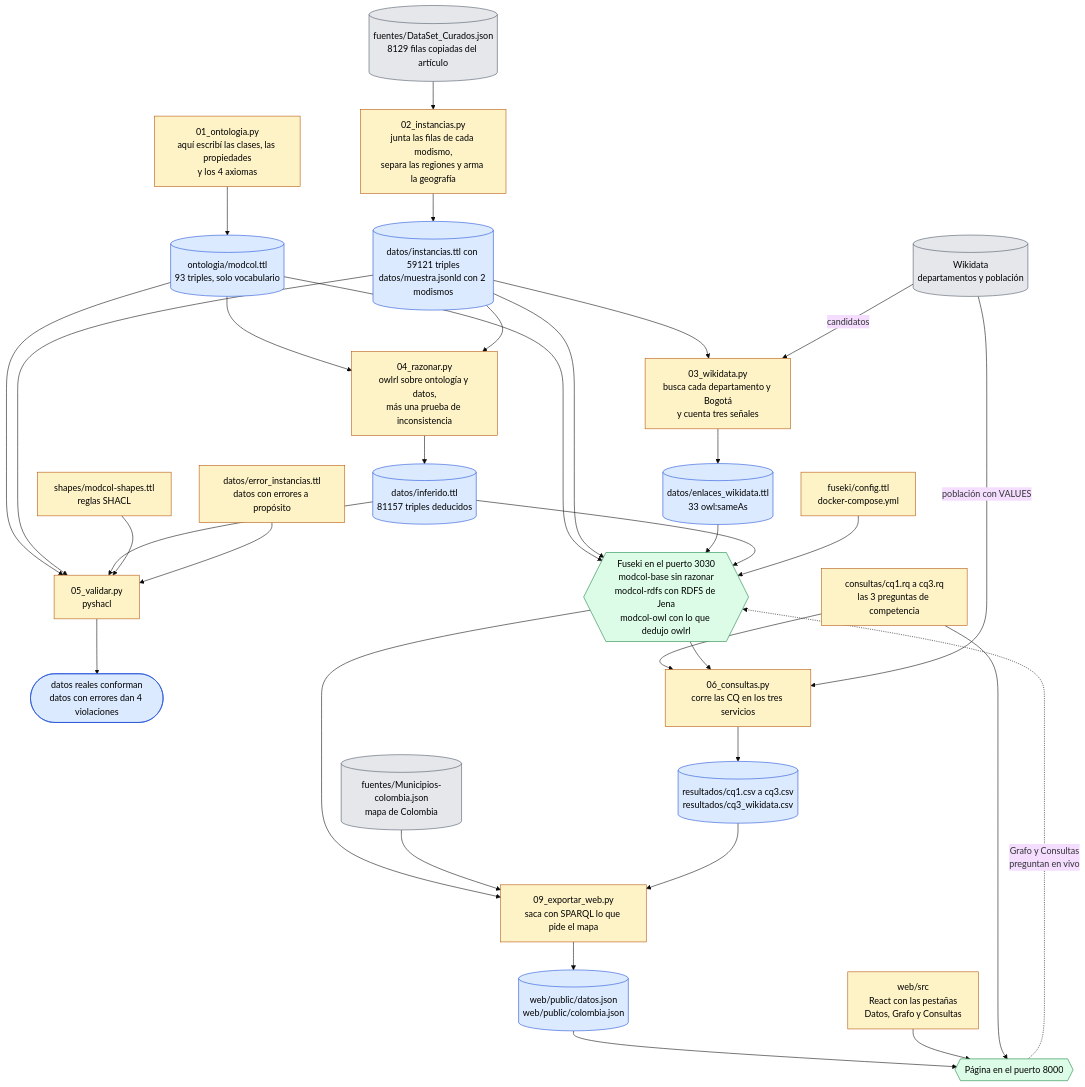
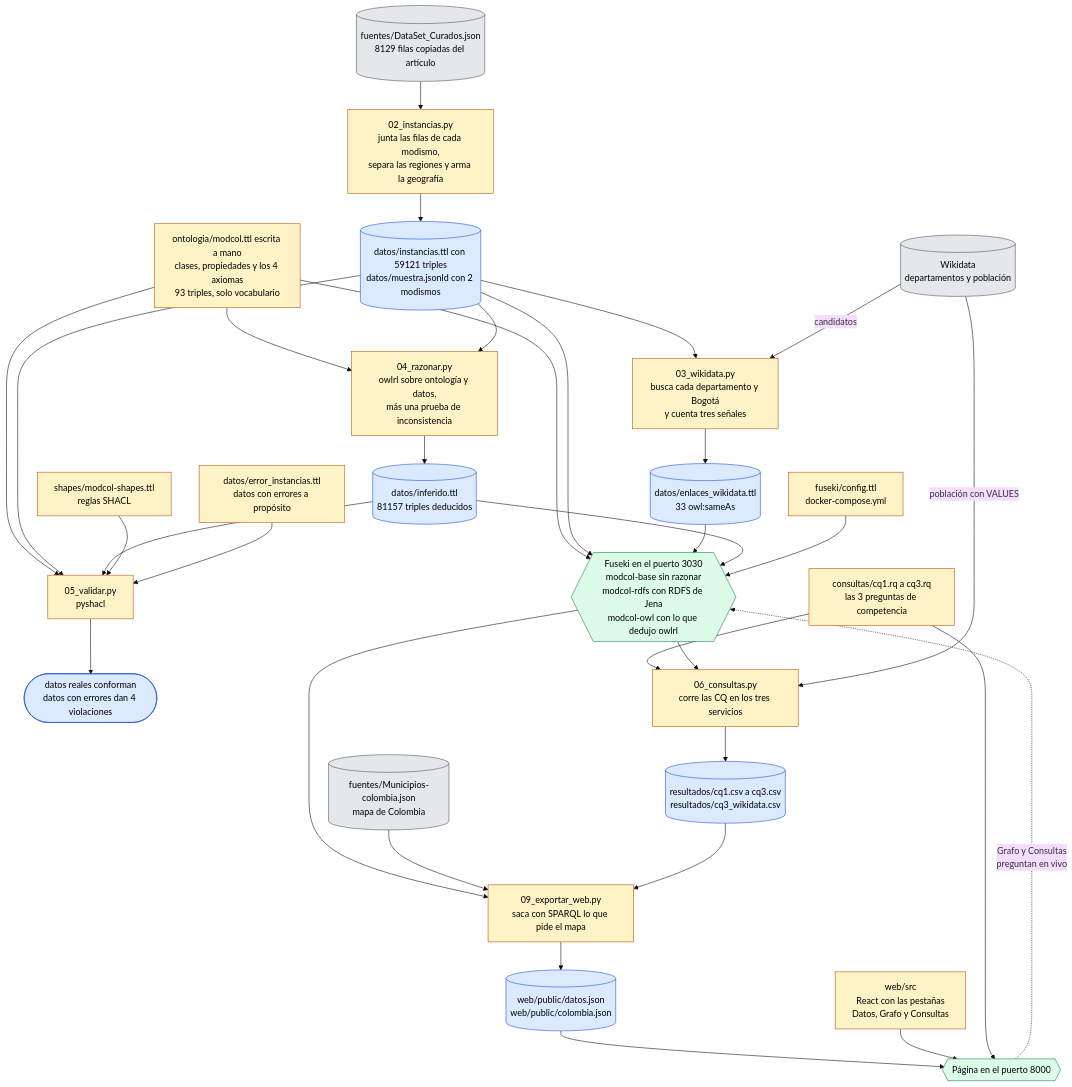
Before and after one commit to ignchap27/ontologia-modismos-colombianos: the first of 3 diagrams in README.md, drawn with Mermaid (base theme). The commit also changed other lines of this file and 2 other files, not shown here.

Commit message:
diagrama

````diff
--- a/README.md
+++ b/README.md
@@ -31,58 +31,56 @@
 ```mermaid
 flowchart TD
     fuentes[("fuentes/DataSet_Curados.json<br/>8129 filas copiadas del artículo")]
     mapa[("fuentes/Municipios-colombia.json<br/>mapa de Colombia")]
     wd[("Wikidata<br/>departamentos y población")]
 
-    s1["01_ontologia.py<br/>aquí escribí las clases, las propiedades<br/>y los 4 axiomas"]
-    o1[("ontologia/modcol.ttl<br/>93 triples, solo vocabulario")]
-    s1 --> o1
+    o1["ontologia/modcol.ttl escrita a mano<br/>clases, propiedades y los 4 axiomas<br/>93 triples, solo vocabulario"]
 
     s2["02_instancias.py<br/>junta las filas de cada modismo,<br/>separa las regiones y arma la geografía"]
     o2[("datos/instancias.ttl con 59121 triples<br/>datos/muestra.jsonld con 2 modismos")]
     fuentes --> s2 --> o2
 
     s3["03_wikidata.py<br/>busca cada departamento y Bogotá<br/>y cuenta tres señales"]
     o3[("datos/enlaces_wikidata.ttl<br/>33 owl:sameAs")]
     o2 --> s3
     wd -- "candidatos" --> s3
     s3 --> o3
 
     s4["04_razonar.py<br/>owlrl sobre ontología y datos,<br/>más una prueba de inconsistencia"]
     o4[("datos/inferido.ttl<br/>81157 triples deducidos")]
     o1 & o2 --> s4 --> o4
 
     shapes["shapes/modcol-shapes.ttl<br/>reglas SHACL"]
     errores["datos/error_instancias.ttl<br/>datos con errores a propósito"]
     s5["05_validar.py<br/>pyshacl"]
     r5(["datos reales conforman<br/>datos con errores dan 4 violaciones"])
     o1 & o2 & o4 & shapes & errores --> s5 --> r5
 
     conf["fuseki/config.ttl<br/>docker-compose.yml"]
     fuseki{{"Fuseki en el puerto 3030<br/>modcol-base sin razonar<br/>modcol-rdfs con RDFS de Jena<br/>modcol-owl con lo que dedujo owlrl"}}
     o1 & o2 & o3 & o4 & conf --> fuseki
 
     cq["consultas/cq1.rq a cq3.rq<br/>las 3 preguntas de competencia"]
     s6["06_consultas.py<br/>corre las CQ en los tres servicios"]
     o6[("resultados/cq1.csv a cq3.csv<br/>resultados/cq3_wikidata.csv")]
     cq & fuseki --> s6 --> o6
     wd -- "población con VALUES" --> s6
 
     s9["09_exportar_web.py<br/>saca con SPARQL lo que pide el mapa"]
     o9[("web/public/datos.json<br/>web/public/colombia.json")]
     fuseki & mapa & o6 --> s9 --> o9
 
     src["web/src<br/>React con las pestañas<br/>Datos, Grafo y Consultas"]
     web{{"Página en el puerto 8000"}}
     o9 & src & cq --> web
     web -. "Grafo y Consultas<br/>preguntan en vivo" .-> fuseki
 
     classDef yo fill:#fef3c7,stroke:#b45309,color:#000
     classDef generado fill:#dbeafe,stroke:#1d4ed8,color:#000
     classDef externo fill:#e5e7eb,stroke:#4b5563,color:#000
     classDef servicio fill:#dcfce7,stroke:#15803d,color:#000
-    class s1,s2,s3,s4,s5,s6,s9,shapes,errores,conf,cq,src yo
-    class o1,o2,o3,o4,r5,o6,o9 generado
+    class o1,s2,s3,s4,s5,s6,s9,shapes,errores,conf,cq,src yo
+    class o2,o3,o4,r5,o6,o9 generado
     class fuentes,mapa,wd externo
     class fuseki,web servicio
 ```
````
